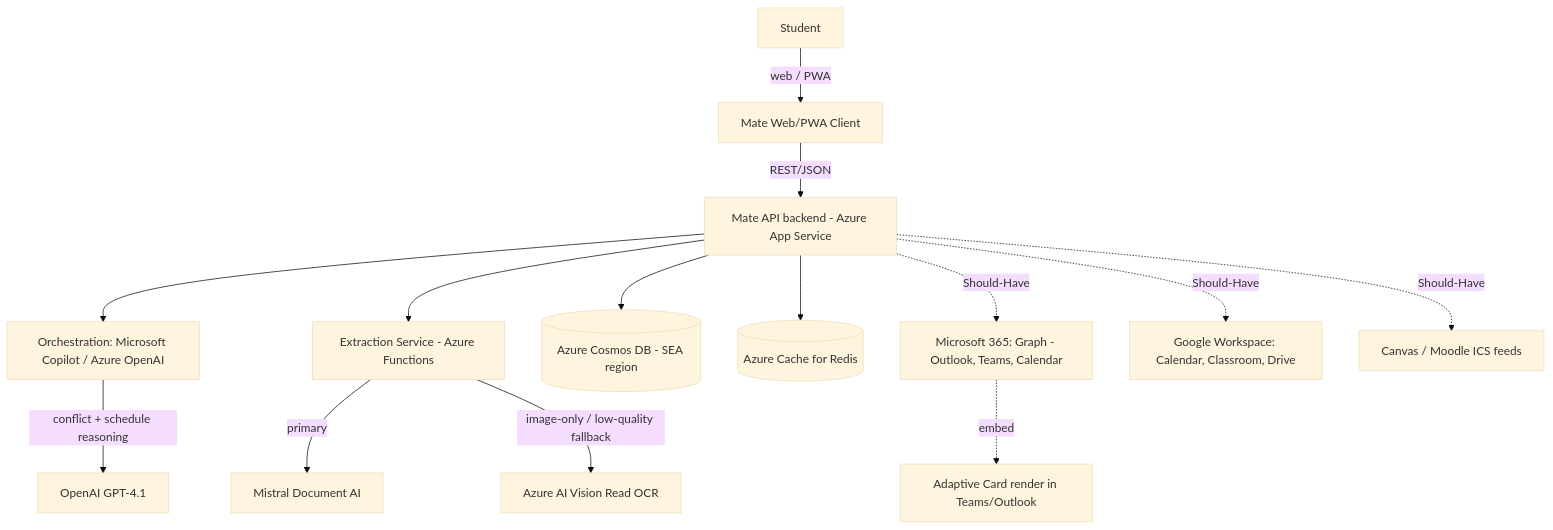
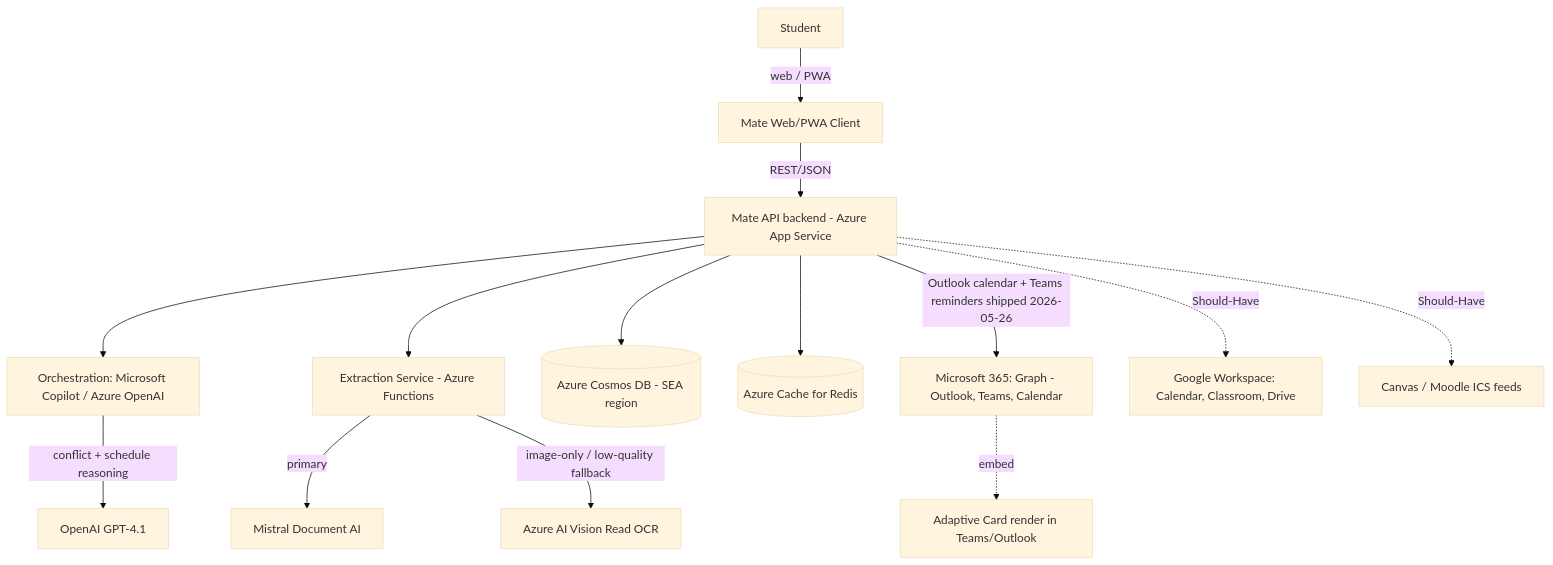
Before and after one commit to Axon-Enjin/mate: the diagram in docs/sdd-mate.md, drawn with Mermaid (base theme). The commit also changed other lines of this file and 7 other files, not shown here.

````diff
--- a/docs/sdd-mate.md
+++ b/docs/sdd-mate.md
@@ -34,16 +34,16 @@
 ```mermaid
 graph TD
     Student[Student] -->|web / PWA| Client[Mate Web/PWA Client]
     Client -->|REST/JSON| API[Mate API backend - Azure App Service]
     API --> Orch[Orchestration: Microsoft Copilot / Azure OpenAI]
     API --> Extract[Extraction Service - Azure Functions]
     Extract -->|primary| Mistral[Mistral Document AI]
     Extract -->|image-only / low-quality fallback| AzureVision[Azure AI Vision Read OCR]
     Orch -->|conflict + schedule reasoning| GPT[OpenAI GPT-4.1]
     API --> Cosmos[(Azure Cosmos DB - SEA region)]
     API --> Redis[(Azure Cache for Redis)]
-    API -.Should-Have.-> M365[Microsoft 365: Graph - Outlook, Teams, Calendar]
+    API -->|Outlook calendar + Teams reminders shipped 2026-05-26| M365[Microsoft 365: Graph - Outlook, Teams, Calendar]
     API -.Should-Have.-> GW[Google Workspace: Calendar, Classroom, Drive]
     API -.Should-Have.-> LMS[Canvas / Moodle ICS feeds]
     M365 -. embed .-> Cards[Adaptive Card render in Teams/Outlook]
 ```
````
